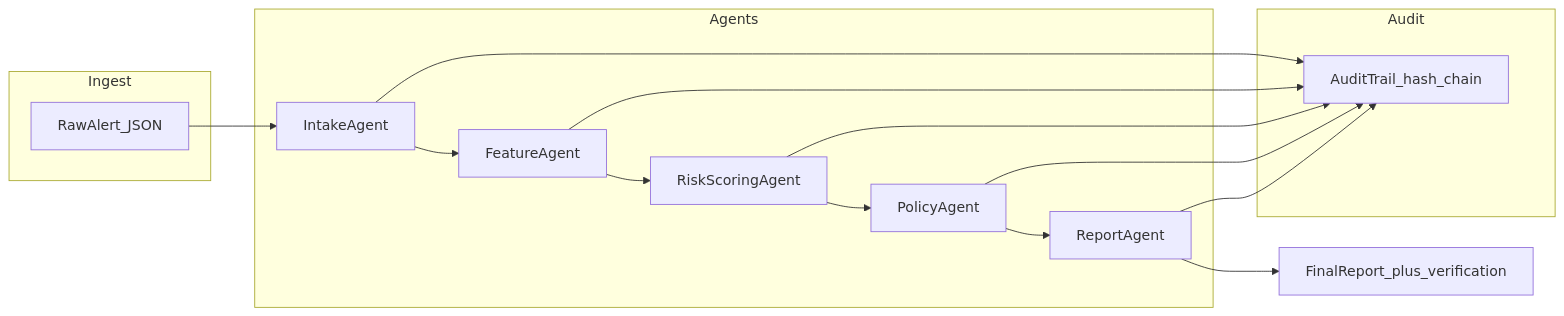
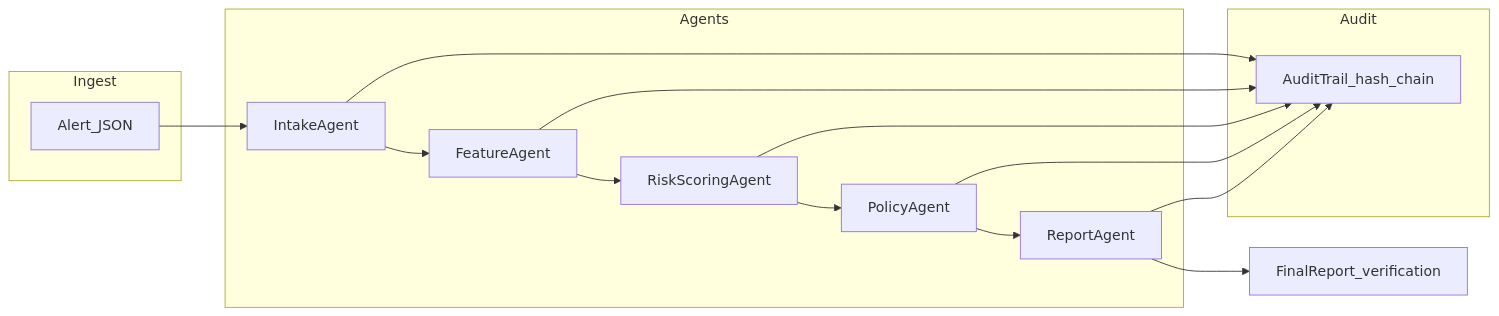
The diagram in README.md (cdtalley/fraud-agent-orchestrator), drawn with Mermaid before and after one commit. The commit also changed other lines of this file and 1 other file, not shown here.

````diff
--- a/README.md
+++ b/README.md
@@ -79,23 +42,23 @@
 ```mermaid
 flowchart LR
   subgraph ingest [Ingest]
-    A[RawAlert_JSON]
+    A[Alert_JSON]
   end
   subgraph agents [Agents]
     I[IntakeAgent]
     F[FeatureAgent]
     R[RiskScoringAgent]
     P[PolicyAgent]
     Rep[ReportAgent]
   end
   subgraph audit [Audit]
     T[AuditTrail_hash_chain]
   end
   A --> I --> F --> R --> P --> Rep
   I --> T
   F --> T
   R --> T
   P --> T
   Rep --> T
-  Rep --> O[FinalReport_plus_verification]
+  Rep --> O[FinalReport_verification]
 ```
````
